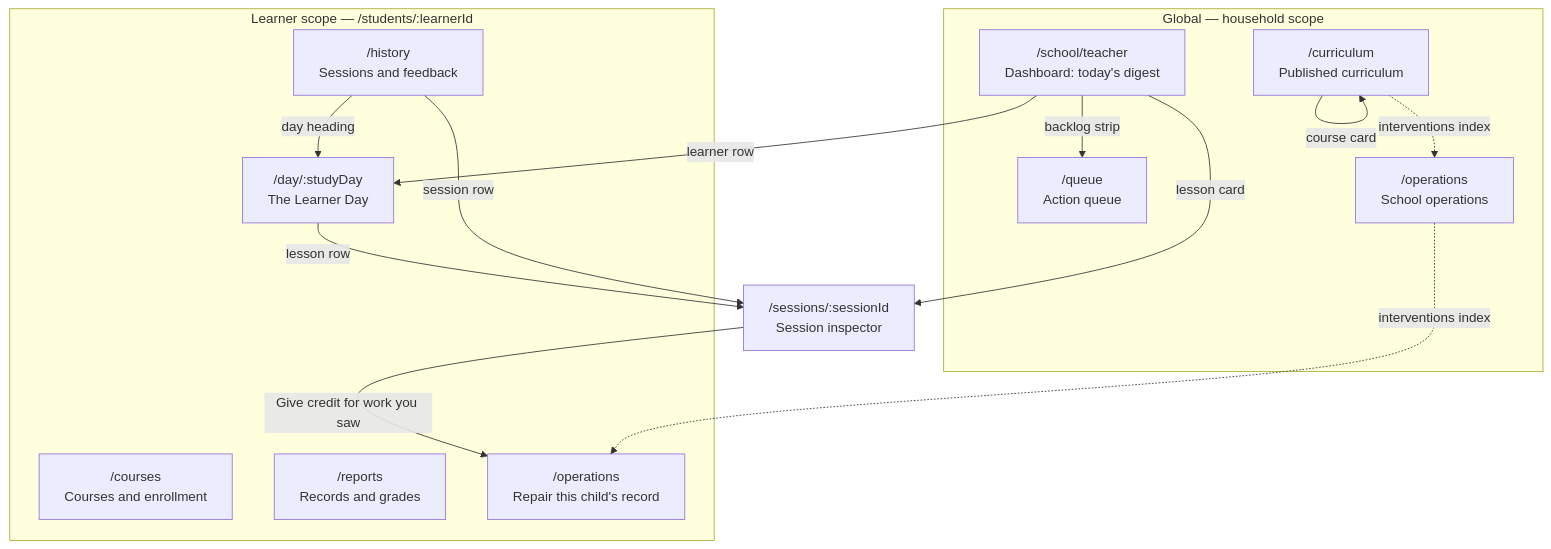
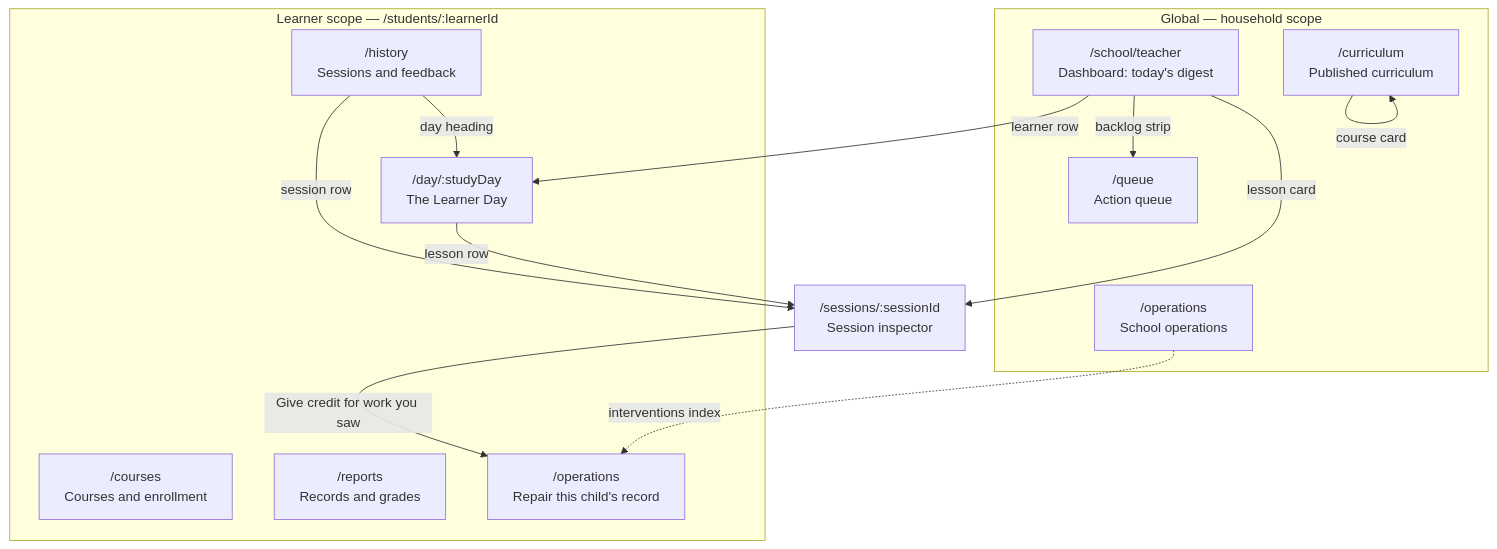
The second of 16 diagrams in docs/reference/school/teacher.md (kckern/DaylightStation), drawn with Mermaid before and after one commit. The commit also changed other lines of this file and 11 other files, not shown here.

````diff
--- a/docs/reference/school/teacher.md
+++ b/docs/reference/school/teacher.md
@@ -90,28 +90,27 @@
 ```mermaid
 flowchart TD
     subgraph global["Global — household scope"]
         DASH["/school/teacher<br/>Dashboard: today's digest"]
         QUEUE["/queue<br/>Action queue"]
         CURRIC["/curriculum<br/>Published curriculum"]
         OPS["/operations<br/>School operations"]
     end
     subgraph learner["Learner scope — /students/:learnerId"]
         DAY["/day/:studyDay<br/>The Learner Day"]
         COURSES["/courses<br/>Courses and enrollment"]
         HIST["/history<br/>Sessions and feedback"]
         REPORTS["/reports<br/>Records and grades"]
         LOPS["/operations<br/>Repair this child's record"]
     end
     SESSION["/sessions/:sessionId<br/>Session inspector"]
 
     DASH -->|learner row| DAY
     DASH -->|backlog strip| QUEUE
     DASH -->|lesson card| SESSION
     DAY -->|lesson row| SESSION
     HIST -->|session row| SESSION
     HIST -->|day heading| DAY
     SESSION -->|"Give credit for work you saw"| LOPS
     CURRIC -->|course card| CURRIC
     OPS -.->|interventions index| LOPS
-    CURRIC -.->|interventions index| OPS
 ```
````
